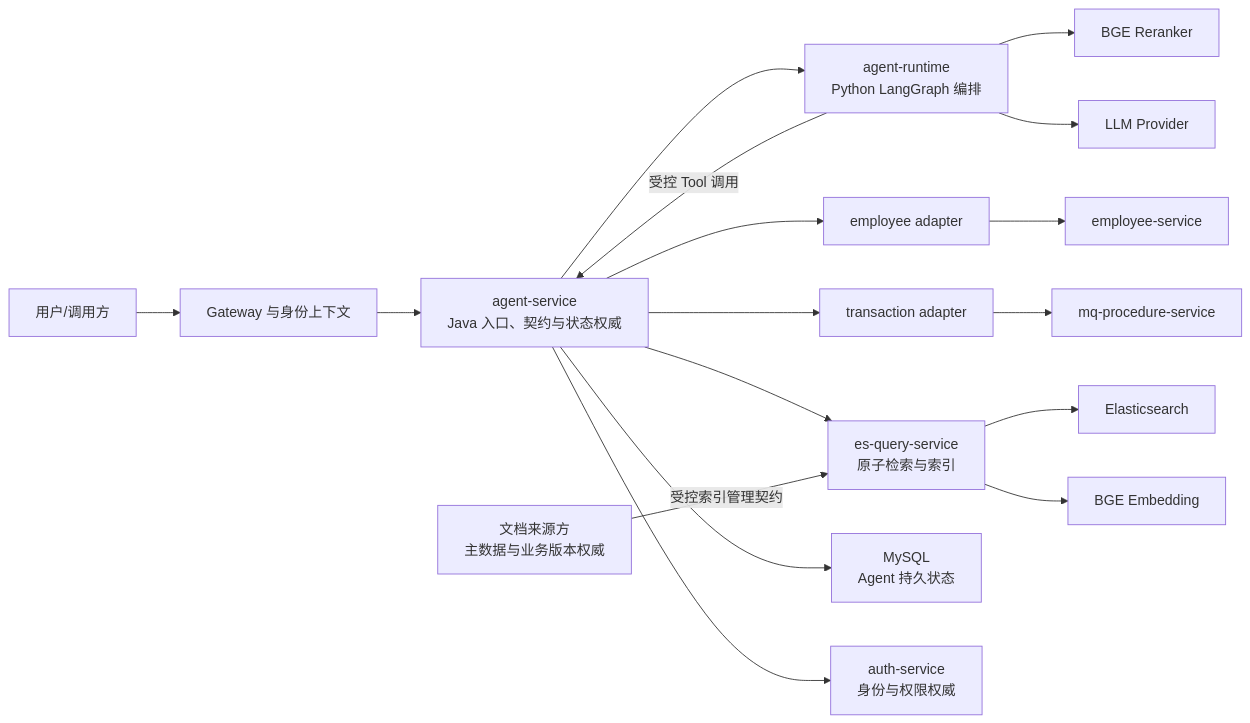
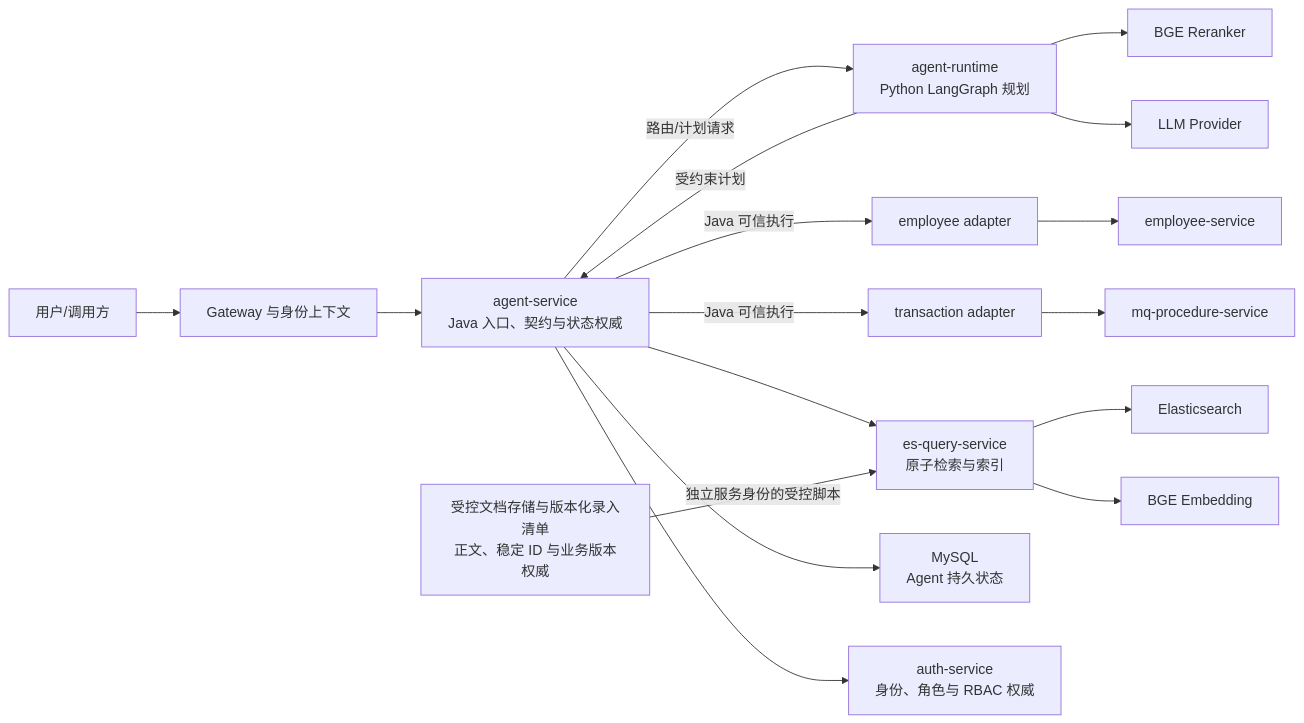
The first of 2 diagrams in docs/design/agent/单体Agent智能体总体架构_L0_v0.1.md (KyriosoO/springcloud-demo), drawn with Mermaid before and after one commit. The commit also changed other lines of this file and 36 other files, not shown here.

````diff
--- a/docs/design/agent/单体Agent智能体总体架构_L0_v0.1.md
+++ b/docs/design/agent/单体Agent智能体总体架构_L0_v0.1.md
@@ -225,19 +234,19 @@
 ```mermaid
 flowchart LR
     U["用户/调用方"] --> G["Gateway 与身份上下文"]
     G --> J["agent-service<br/>Java 入口、契约与状态权威"]
-    J --> P["agent-runtime<br/>Python LangGraph 编排"]
-    P -->|"受控 Tool 调用"| J
-    J --> AE["employee adapter"]
-    J --> AT["transaction adapter"]
+    J -->|"路由/计划请求"| P["agent-runtime<br/>Python LangGraph 规划"]
+    P -->|"受约束计划"| J
+    J -->|"Java 可信执行"| AE["employee adapter"]
+    J -->|"Java 可信执行"| AT["transaction adapter"]
     J --> R["es-query-service<br/>原子检索与索引"]
     AE --> E["employee-service"]
     AT --> T["mq-procedure-service"]
     R --> ES["Elasticsearch"]
     R --> EMB["BGE Embedding"]
     P --> RR["BGE Reranker"]
     P --> LLM["LLM Provider"]
     J --> DB["MySQL<br/>Agent 持久状态"]
-    J --> AUTH["auth-service<br/>身份与权限权威"]
-    DS["文档来源方<br/>主数据与业务版本权威"] -->|"受控索引管理契约"| R
+    J --> AUTH["auth-service<br/>身份、角色与 RBAC 权威"]
+    DS["受控文档存储与版本化录入清单<br/>正文、稳定 ID 与业务版本权威"] -->|"独立服务身份的受控脚本"| R
 ```
````
